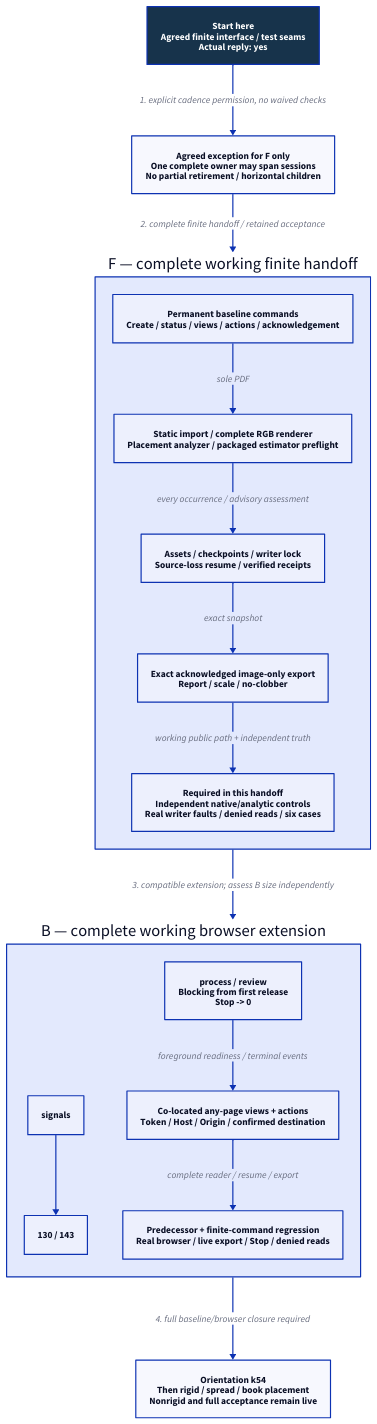
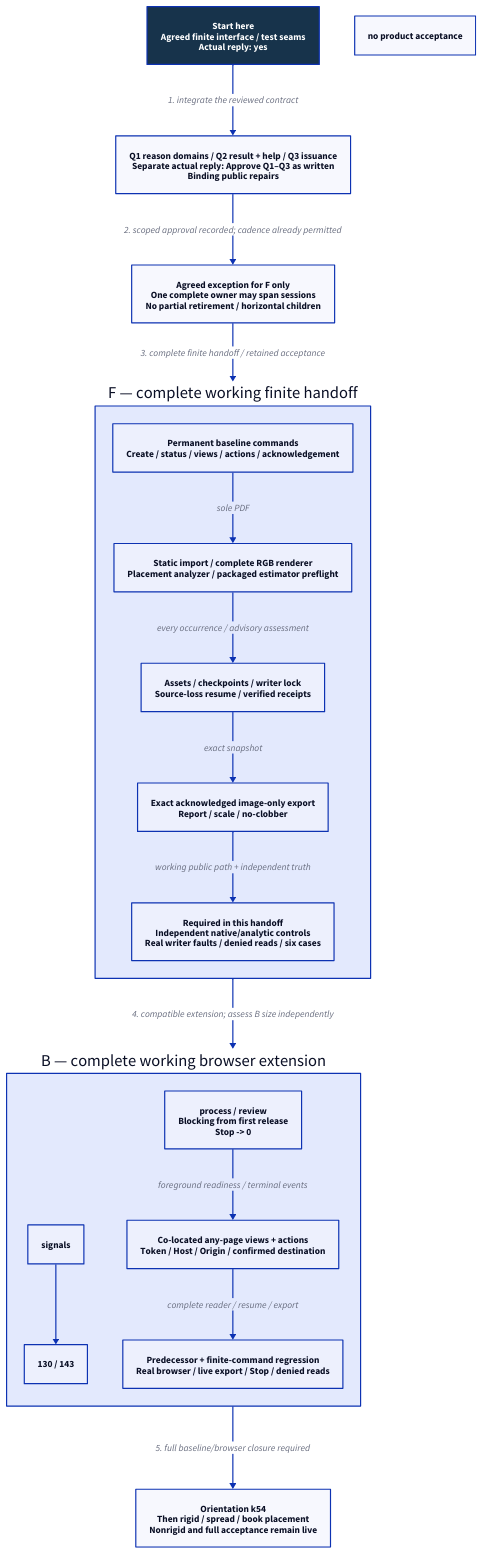
One commit to Linkuistics/BookScanBuilder changed the diagram in docs/design/rotation-processor/baseline-delivery.d2. Above: the diagram before and after it, drawn with D2. The commit also changed 18 other files, not shown here.

Commit message:
baseline-delivery-k62: integrate design review and approved public protocol repairs

```diff
--- a/docs/design/rotation-processor/baseline-delivery.d2
+++ b/docs/design/rotation-processor/baseline-delivery.d2
@@ -1,30 +1,32 @@
 direction: down
 classes: {
   start: {style: {fill: "#17334b"; font-color: white; bold: true}}
   pending: {style: {fill: "#fff5dd"; stroke-dash: 4}}
 }
 decision: Start here\nAgreed finite interface / test seams\nActual reply: yes {class: start}
+repairs: Q1 reason domains / Q2 result + help / Q3 issuance\nSeparate actual reply: Approve Q1–Q3 as written\nBinding public repairs; no product acceptance
 finite: F — complete working finite handoff {
   operations: Permanent baseline commands\nCreate / status / views / actions / acknowledgement
   input: Static import / complete RGB renderer\nPlacement analyzer / packaged estimator preflight
   state: Assets / checkpoints / writer lock\nSource-loss resume / verified receipts
   output: Exact acknowledged image-only export\nReport / scale / no-clobber
   acceptance: Required in this handoff\nIndependent native/analytic controls\nReal writer faults / denied reads / six cases
   operations -> input: sole PDF
   input -> state: every occurrence / advisory assessment
   state -> output: exact snapshot
   output -> acceptance: working public path + independent truth
 }
 exception: Agreed exception for F only\nOne complete owner may span sessions\nNo partial retirement / horizontal children
 browser: B — complete working browser extension {
   commands: process / review\nBlocking from first release\nStop -> 0; signals -> 130 / 143
   controls: Co-located any-page views + actions\nToken / Host / Origin / confirmed destination
   verification: Predecessor + finite-command regression\nReal browser / live export / Stop / denied reads
   commands -> controls: foreground readiness / terminal events
   controls -> verification: complete reader / resume / export
 }
 later: Orientation k54\nThen rigid / spread / book placement\nNonrigid and full acceptance remain live
-decision -> exception: "1. explicit cadence permission, no waived checks"
-exception -> finite: "2. complete finite handoff / retained acceptance"
-finite -> browser: "3. compatible extension; assess B size independently"
-browser -> later: "4. full baseline/browser closure required"
+decision -> repairs: "1. integrate the reviewed contract"
+repairs -> exception: "2. scoped approval recorded; cadence already permitted"
+exception -> finite: "3. complete finite handoff / retained acceptance"
+finite -> browser: "4. compatible extension; assess B size independently"
+browser -> later: "5. full baseline/browser closure required"
```
